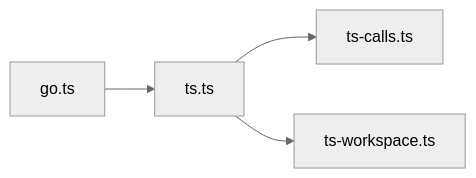
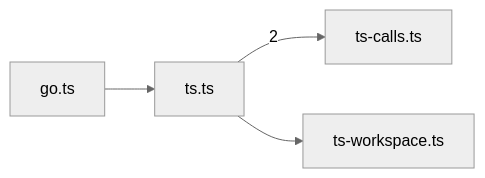
Before and after one commit to sns45/greplost: the fourth of 5 diagrams in .greplost/packages/greplost__bench/MAP.md, drawn with Mermaid (neutral theme). The commit also changed other lines of this file and 77 other files, not shown here.

````diff
--- a/.greplost/packages/greplost__bench/MAP.md
+++ b/.greplost/packages/greplost__bench/MAP.md
@@ -171,10 +171,10 @@
 ```mermaid
 graph LR
   bench_src_truth_go_ts["go.ts"]
   bench_src_truth_ts_calls_ts["ts-calls.ts"]
   bench_src_truth_ts_ts["ts.ts"]
   bench_src_truth_ts_workspace_ts["ts-workspace.ts"]
   bench_src_truth_go_ts --> bench_src_truth_ts_ts
-  bench_src_truth_ts_ts --> bench_src_truth_ts_calls_ts
+  bench_src_truth_ts_ts -->|2| bench_src_truth_ts_calls_ts
   bench_src_truth_ts_ts --> bench_src_truth_ts_workspace_ts
 ```
````
